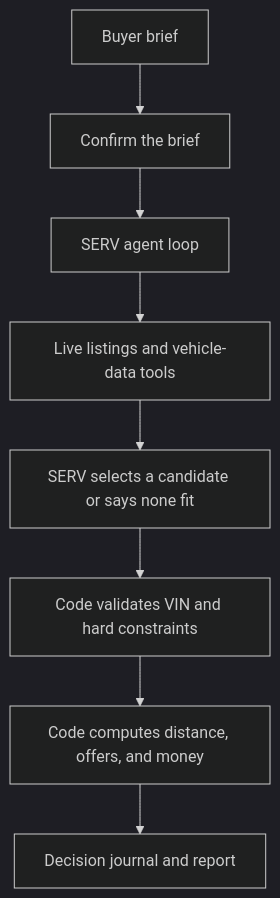
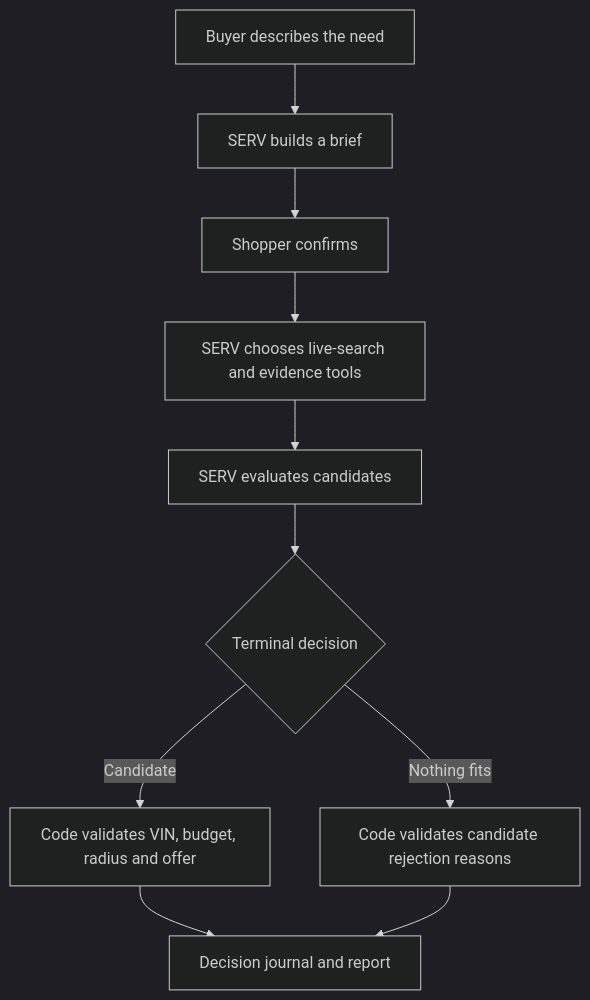
Before and after one commit to aspekt19/autoflip: the diagram in README.md, drawn with Mermaid (dark theme). The commit also changed other lines of this file, not shown here.

````diff
--- a/README.md
+++ b/README.md
@@ -47,10 +24,12 @@
-~~~mermaid
+```mermaid
 flowchart TD
-  A[Buyer brief] --> B[Confirm the brief]
-  B --> C[SERV agent loop]
-  C --> D[Live listings and vehicle-data tools]
-  D --> E[SERV selects a candidate or says none fit]
-  E --> F[Code validates VIN and hard constraints]
-  F --> G[Code computes distance, offers, and money]
-  G --> H[Decision journal and report]
-~~~
+  A[Buyer describes the need] --> B[SERV builds a brief]
+  B --> C[Shopper confirms]
+  C --> D[SERV chooses live-search and evidence tools]
+  D --> E[SERV evaluates candidates]
+  E --> F{Terminal decision}
+  F -->|Candidate| G[Code validates VIN, budget, radius and offer]
+  F -->|Nothing fits| H[Code validates candidate rejection reasons]
+  G --> I[Decision journal and report]
+  H --> I
+```
````
